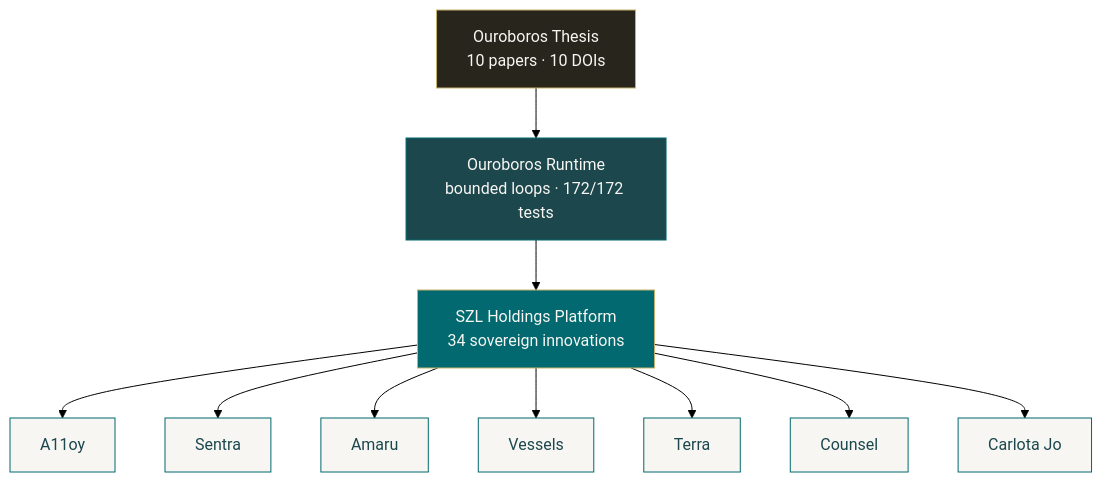
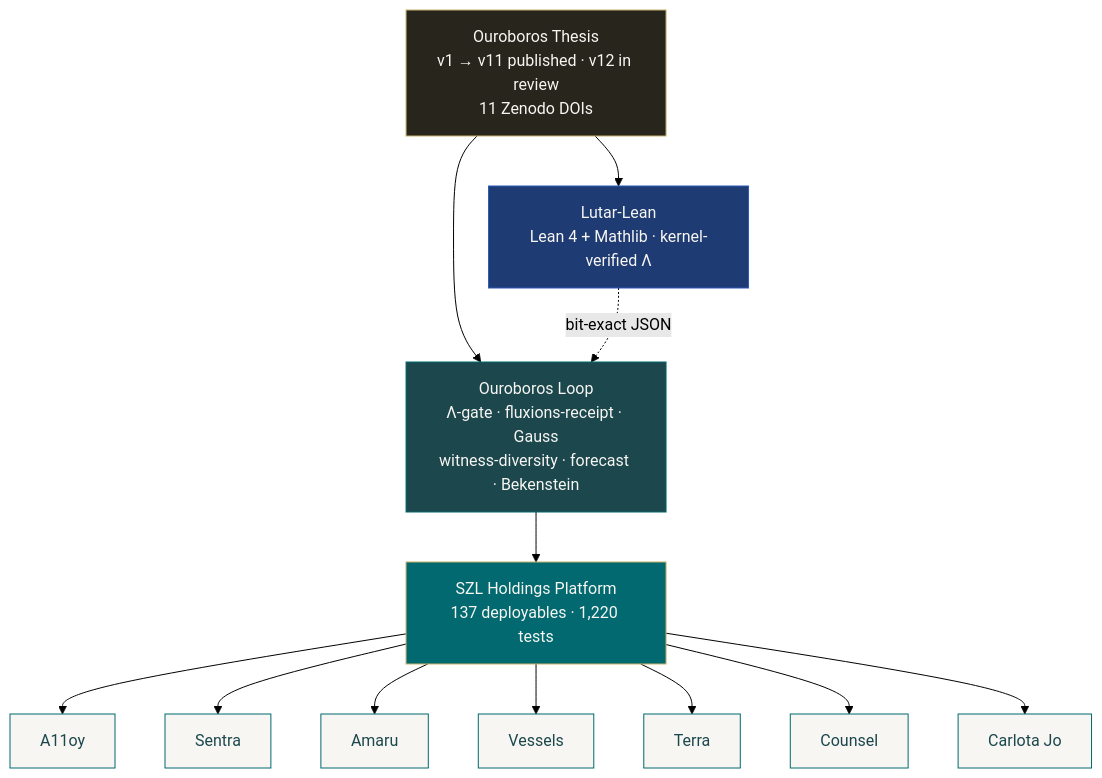
Before and after one commit to stephenlutar2-hash/stephenlutar2-hash: the first of 2 diagrams in README.md, drawn with Mermaid (forest theme). The commit also changed other lines of this file, not shown here.

First line of the commit message:
profile: Series-A overhaul — verified counts, mermaid diagrams, paper chain v1→v11, mechanisms I–VI table, honest claims/non-claims

````diff
--- a/README.md
+++ b/README.md
@@ -26,27 +30,32 @@
 ```mermaid
 flowchart TD
     classDef research fill:#28251D,stroke:#C8B26A,color:#F7F6F2;
+    classDef kernel   fill:#1F3B73,stroke:#2D5BB9,color:#F7F6F2;
     classDef runtime  fill:#1B474D,stroke:#01696F,color:#F7F6F2;
     classDef platform fill:#01696F,stroke:#C8B26A,color:#F7F6F2;
     classDef surface  fill:#F7F6F2,stroke:#01696F,color:#1B474D;
 
-    T["Ouroboros Thesis<br/>10 papers · 10 DOIs"]:::research
-    R["Ouroboros Runtime<br/>bounded loops · 172/172 tests"]:::runtime
-    P["SZL Holdings Platform<br/>34 sovereign innovations"]:::platform
+    T["Ouroboros Thesis<br/>v1 → v11 published · v12 in review<br/>11 Zenodo DOIs"]:::research
+    L["Lutar-Lean<br/>Lean 4 + Mathlib · kernel-verified Λ"]:::kernel
+    R["Ouroboros Loop<br/>Λ-gate · fluxions-receipt · Gauss<br/>witness-diversity · forecast · Bekenstein"]:::runtime
+    P["SZL Holdings Platform<br/>137 deployables · 1,220 tests"]:::platform
     A["A11oy"]:::surface
     S["Sentra"]:::surface
     AM["Amaru"]:::surface
     V["Vessels"]:::surface
     TE["Terra"]:::surface
     C["Counsel"]:::surface
     CJ["Carlota Jo"]:::surface
 
-    T --> R --> P
+    T --> L
+    T --> R
+    L -.bit-exact JSON.-> R
+    R --> P
     P --> A
     P --> S
     P --> AM
     P --> V
     P --> TE
     P --> C
     P --> CJ
 ```
````
